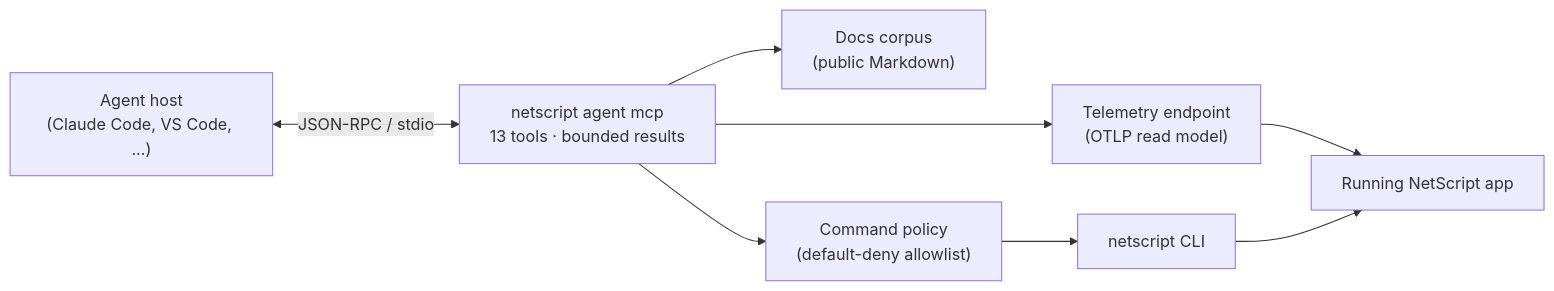
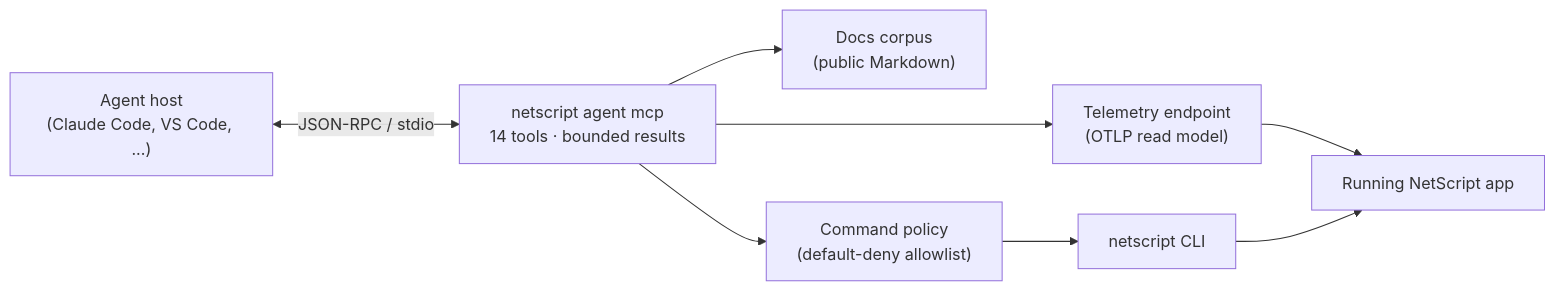
One commit to rickylabs/netscript changed the diagram in packages/mcp/README.md. Above: the diagram before and after it, drawn with Mermaid. The commit also changed other lines of this file and 10 other files, not shown here.

````diff
--- a/packages/mcp/README.md
+++ b/packages/mcp/README.md
@@ -46,10 +46,10 @@
 ```mermaid
 flowchart LR
-    A["Agent host<br/>(Claude Code, VS Code, ...)"] <-- "JSON-RPC / stdio" --> S["netscript agent mcp<br/>13 tools · bounded results"]
+    A["Agent host<br/>(Claude Code, VS Code, ...)"] <-- "JSON-RPC / stdio" --> S["netscript agent mcp<br/>14 tools · bounded results"]
     S --> T["Telemetry endpoint<br/>(OTLP read model)"]
     S --> D["Docs corpus<br/>(public Markdown)"]
     S --> P["Command policy<br/>(default-deny allowlist)"]
     T --> R["Running NetScript app"]
     P --> C["netscript CLI"]
     C --> R
 ```
````
